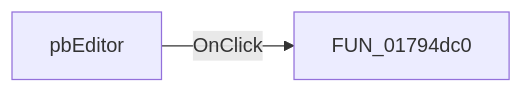
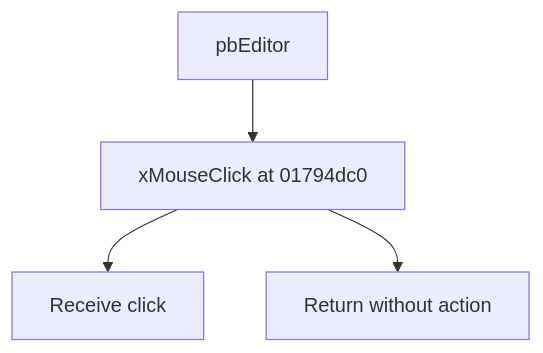
The diagram in docs/ui-controls/shapeedit/pbeditor-89285dd7ff.md (MovGP0/TIARA), drawn with Mermaid before and after one commit. The commit also changed other lines of this file and 1062 other files, not shown here.

````diff
--- a/docs/ui-controls/shapeedit/pbeditor-89285dd7ff.md
+++ b/docs/ui-controls/shapeedit/pbeditor-89285dd7ff.md
@@ -27,4 +25,6 @@
 ```mermaid
-flowchart LR
-    control["pbEditor"] -->|OnClick| handler["FUN_01794dc0"]
+flowchart TD
+    control["pbEditor"] --> handler["xMouseClick at 01794dc0"]
+    handler --> step1["Receive click"]
+    handler --> step2["Return without action"]
 ```
````
